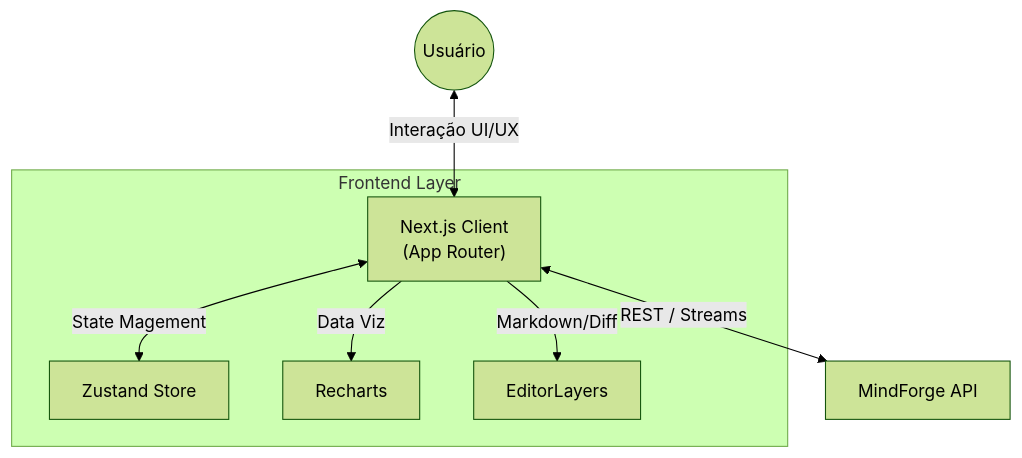
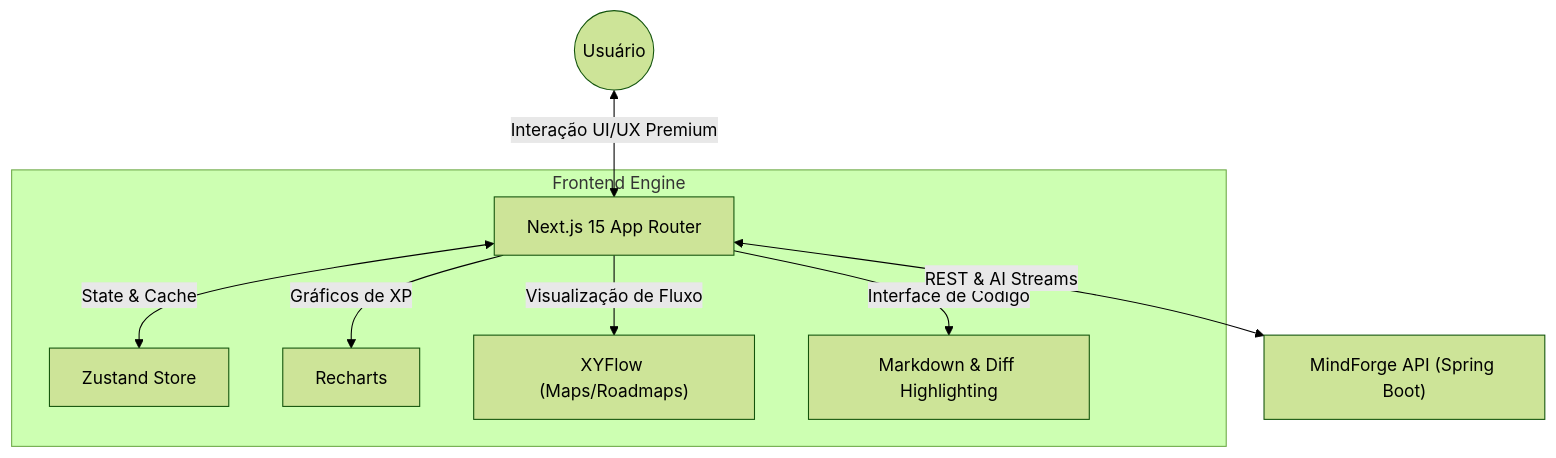
The diagram in README.md (matheus05dev/mindforge-front), drawn with Mermaid (forest theme) before and after one commit. The commit also changed other lines of this file, not shown here.

Commit message:
docs: Update README with latest tech stack versions, refined project description, new features like XYFlow, and streamlined sections.

````diff
--- a/README.md
+++ b/README.md
@@ -27,12 +27,13 @@
 ```mermaid
 graph TD
-    User(("Usuário")) <-->|Interação UI/UX| NextClient["Next.js Client<br/>(App Router)"]
+    User(("Usuário")) <-->|Interação UI/UX Premium| NextClient["Next.js 15 App Router"]
     
-    subgraph "Frontend Layer"
-        NextClient <-->|State Magement| Zustand["Zustand Store"]
-        NextClient -->|Data Viz| Recharts
-        NextClient -->|Markdown/Diff| EditorLayers
+    subgraph "Frontend Engine"
+        NextClient <-->|State & Cache| Zustand["Zustand Store"]
+        NextClient -->|Gráficos de XP| Recharts
+        NextClient -->|Visualização de Fluxo| XYFlow["XYFlow (Maps/Roadmaps)"]
+        NextClient -->|Interface de Código| CodeReviewLayer["Markdown & Diff Highlighting"]
     end
     
-    NextClient <-->|REST / Streams| BackendAPI["MindForge API"]
+    NextClient <-->|REST & AI Streams| BackendAPI["MindForge API (Spring Boot)"]
 ```
````
